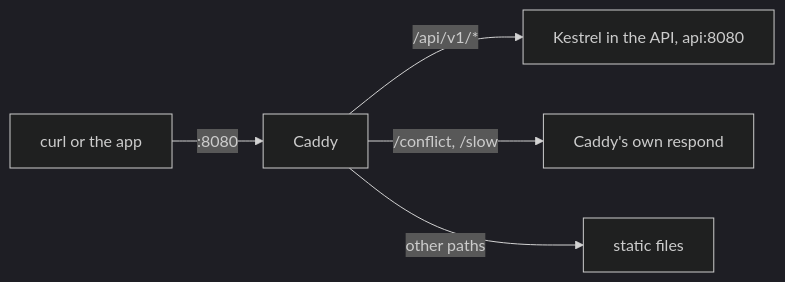
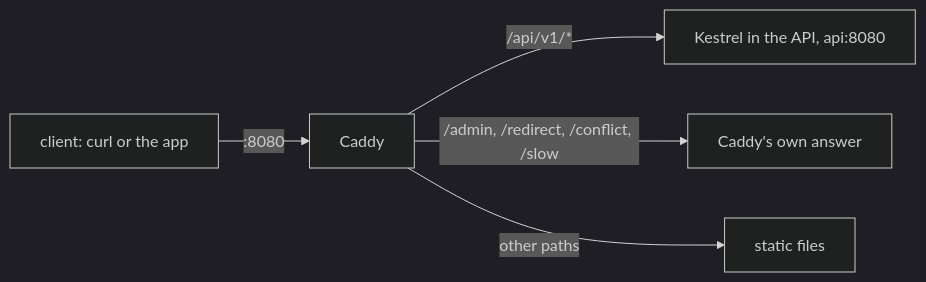
Before and after one commit to duyan11110/lo-trinh-architect: the diagram in content/tracks/devops/deploy-basics/devops.l1.reverse-proxy-basics.en.md, drawn with Mermaid (dark theme). The commit also changed other lines of this file and 3 other files, not shown here.

````diff
--- a/content/tracks/devops/deploy-basics/devops.l1.reverse-proxy-basics.en.md
+++ b/content/tracks/devops/deploy-basics/devops.l1.reverse-proxy-basics.en.md
@@ -38,7 +38,7 @@
 ```mermaid
 flowchart LR
-  C[curl or the app] -->|:8080| P[Caddy]
+  C[client: curl or the app] -->|:8080| P[Caddy]
   P -->|/api/v1/*| K[Kestrel in the API, api:8080]
-  P -->|/conflict, /slow| R[Caddy's own respond]
+  P -->|/admin, /redirect, /conflict, /slow| R[Caddy's own answer]
   P -->|other paths| F[static files]
 ```
````
